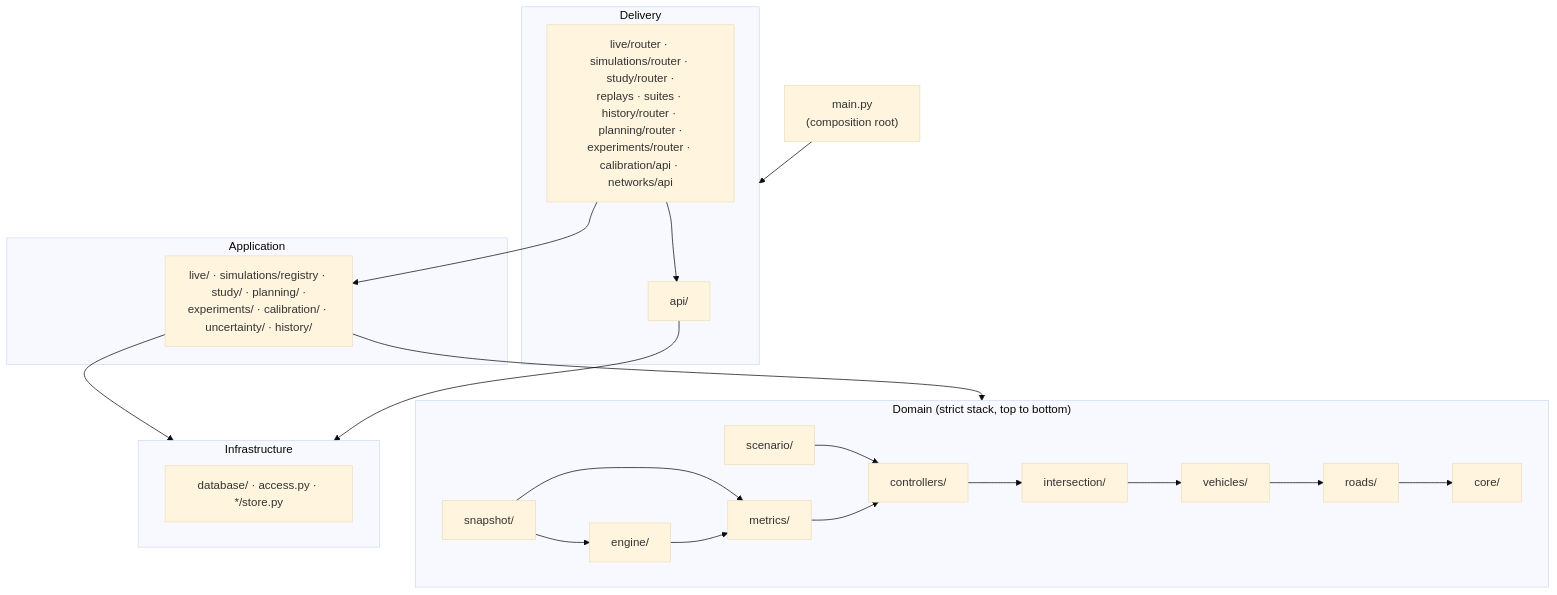
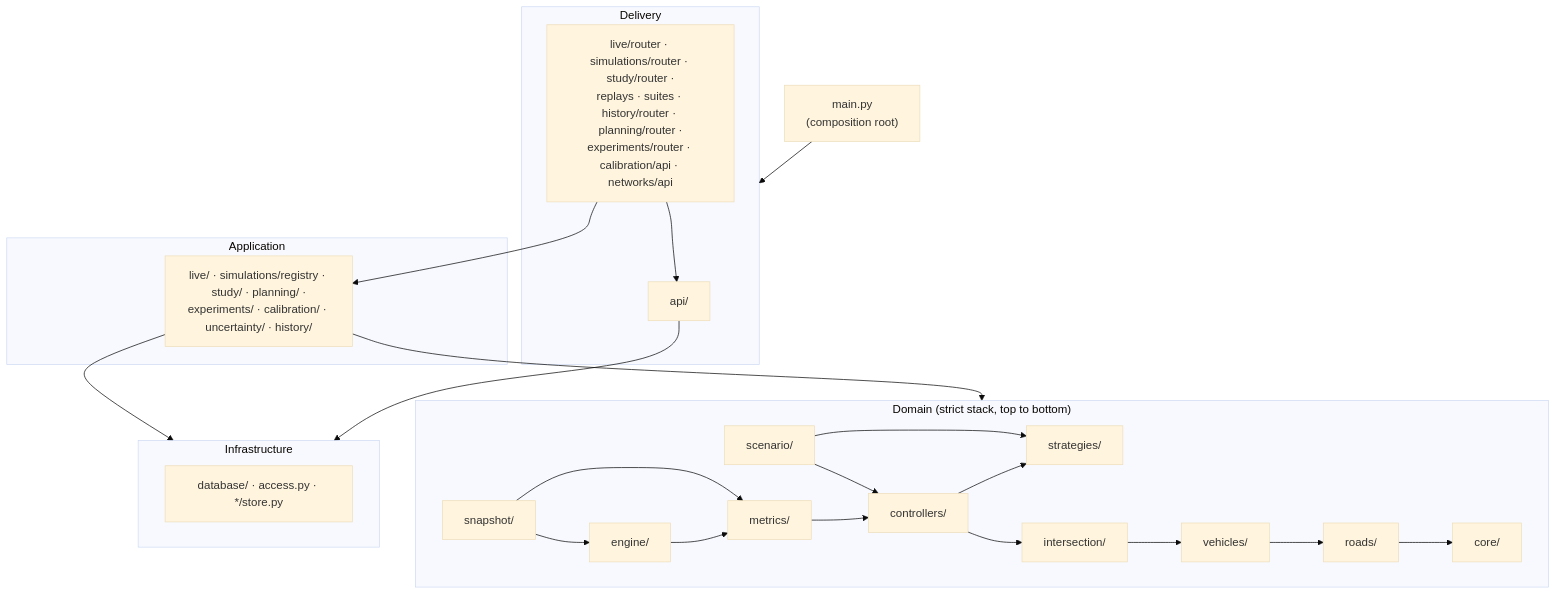
Before and after one commit to Viraj281105/Traffic-Simulation: the first of 3 diagrams in docs/architecture/02-backend-architecture.md, drawn with Mermaid (base theme). The commit also changed other lines of this file and 1 other file, not shown here.

Commit message:
fix(arch): add strategies to domain layer stack in test_architecture and backend docs

````diff
--- a/docs/architecture/02-backend-architecture.md
+++ b/docs/architecture/02-backend-architecture.md
@@ -78,30 +79,32 @@
 ```mermaid
 flowchart TB
     MAIN["main.py<br/>(composition root)"] --> DEL
     subgraph DEL["Delivery"]
         API["api/"]
         ROUTERS["live/router · simulations/router · study/router ·<br/>replays · suites · history/router · planning/router ·<br/>experiments/router · calibration/api · networks/api"]
     end
     subgraph APP["Application"]
         USE["live/ · simulations/registry · study/ · planning/ ·<br/>experiments/ · calibration/ · uncertainty/ · history/"]
     end
     subgraph DOM["Domain (strict stack, top to bottom)"]
         SNAP["snapshot/"] --> ENG["engine/"]
         SNAP --> MET
         ENG --> MET["metrics/"]
         SCN["scenario/"] --> CTRL
+        SCN --> STRAT
         MET --> CTRL["controllers/"]
+        CTRL --> STRAT["strategies/"]
         CTRL --> INT["intersection/"]
         INT --> VEH["vehicles/"]
         VEH --> ROADS["roads/"]
         ROADS --> CORE["core/"]
     end
     subgraph INF["Infrastructure"]
         DB["database/ · access.py · */store.py"]
     end
     ROUTERS --> API
     ROUTERS --> USE
     USE --> DOM
     USE --> INF
     API --> INF
 ```
````
